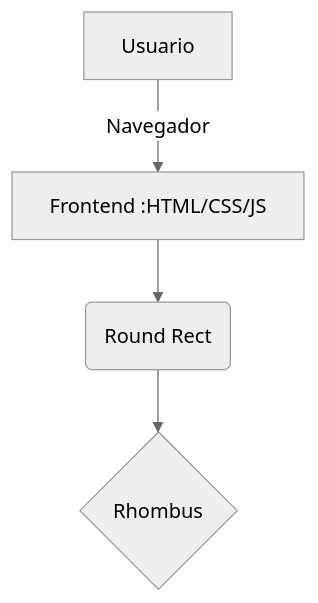
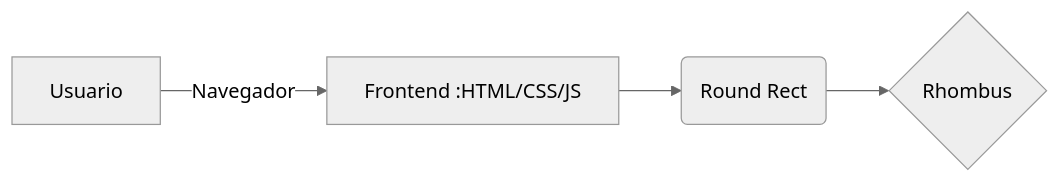
Before and after one commit to luanocesar/next-platform-starter: the diagram in README.md, drawn with Mermaid (neutral theme).

Commit message:
Change graph direction from TD to LR in README

````diff
--- a/README.md
+++ b/README.md
@@ -3,6 +3,6 @@
 ```mermaid
-graph TD
+graph LR
     User[Usuario] -- Navegador --> Netlify[Frontend :HTML/CSS/JS]
     Netlify --> C(Round Rect)
     C --> D{Rhombus}
 ```
````
